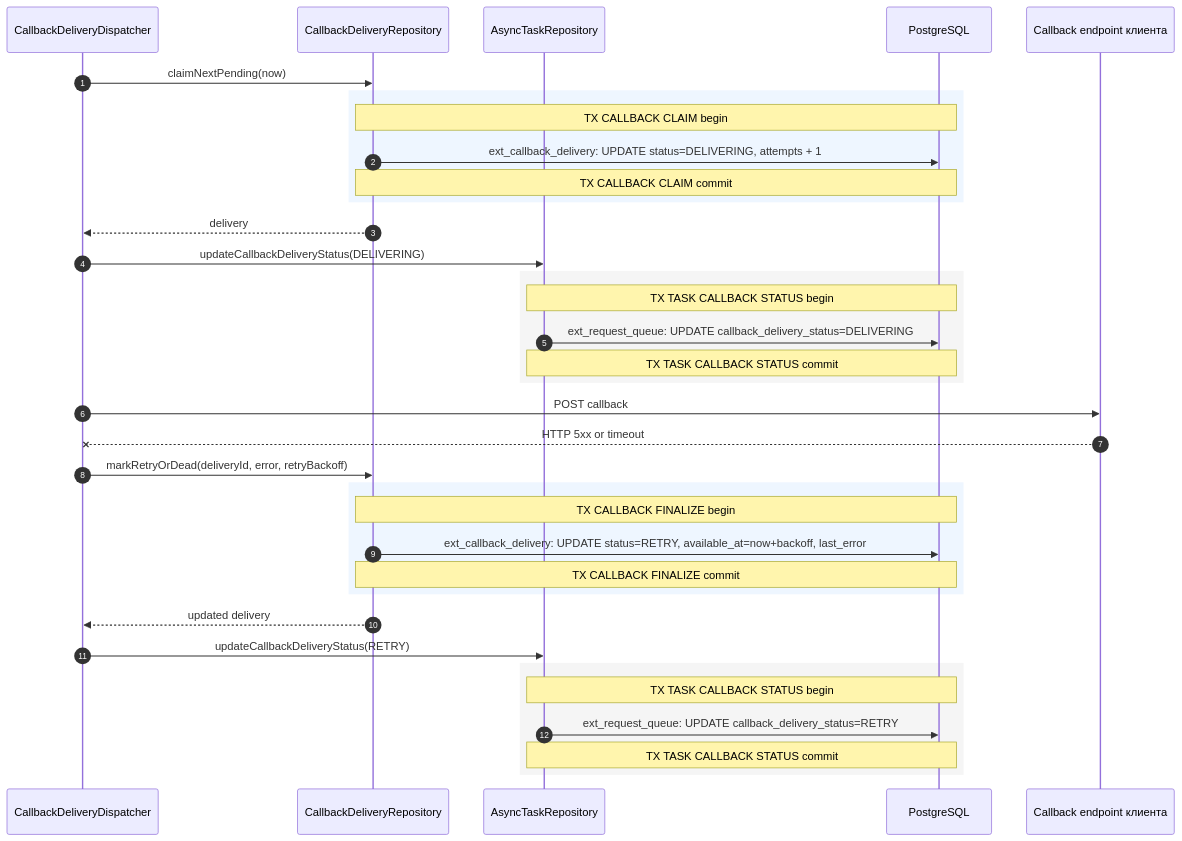
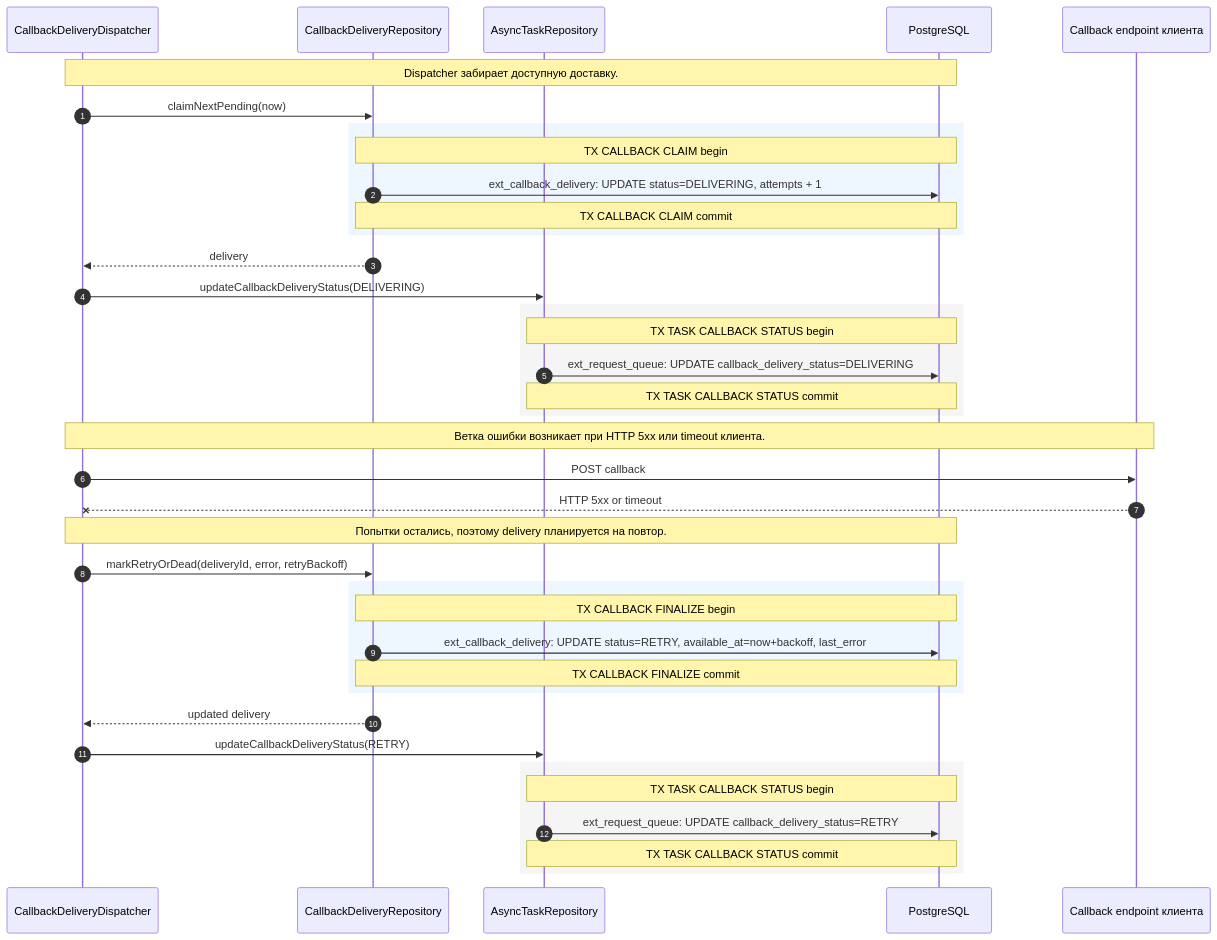
One commit to DenisVanin4402/TestQwenCli changed the second of 6 diagrams in docs/external-service-gateway/architecture/07-sequence-callback.md. Above: the diagram before and after it, drawn with Mermaid. The commit also changed other lines of this file and 2 other files, not shown here.

Commit message:
диаграммы обновлены детализацией sequence

````diff
--- a/docs/external-service-gateway/architecture/07-sequence-callback.md
+++ b/docs/external-service-gateway/architecture/07-sequence-callback.md
@@ -55,38 +84,41 @@
 ```mermaid
 sequenceDiagram
     autonumber
     participant Dispatcher as CallbackDeliveryDispatcher
     participant Deliveries as CallbackDeliveryRepository
     participant Tasks as AsyncTaskRepository
     participant DB as PostgreSQL
     participant Client as Callback endpoint клиента
 
+    Note over Dispatcher,DB: Dispatcher забирает доступную доставку.
     Dispatcher->>Deliveries: claimNextPending(now)
     rect rgb(238, 246, 255)
         Note over Deliveries,DB: TX CALLBACK CLAIM begin
         Deliveries->>DB: ext_callback_delivery: UPDATE status=DELIVERING, attempts + 1
         Note over Deliveries,DB: TX CALLBACK CLAIM commit
     end
     Deliveries-->>Dispatcher: delivery
     Dispatcher->>Tasks: updateCallbackDeliveryStatus(DELIVERING)
     rect rgb(245, 245, 245)
         Note over Tasks,DB: TX TASK CALLBACK STATUS begin
         Tasks->>DB: ext_request_queue: UPDATE callback_delivery_status=DELIVERING
         Note over Tasks,DB: TX TASK CALLBACK STATUS commit
     end
+    Note over Dispatcher,Client: Ветка ошибки возникает при HTTP 5xx или timeout клиента.
     Dispatcher->>Client: POST callback
     Client--xDispatcher: HTTP 5xx or timeout
+    Note over Dispatcher,DB: Попытки остались, поэтому delivery планируется на повтор.
     Dispatcher->>Deliveries: markRetryOrDead(deliveryId, error, retryBackoff)
     rect rgb(238, 246, 255)
         Note over Deliveries,DB: TX CALLBACK FINALIZE begin
         Deliveries->>DB: ext_callback_delivery: UPDATE status=RETRY, available_at=now+backoff, last_error
         Note over Deliveries,DB: TX CALLBACK FINALIZE commit
     end
     Deliveries-->>Dispatcher: updated delivery
     Dispatcher->>Tasks: updateCallbackDeliveryStatus(RETRY)
     rect rgb(245, 245, 245)
         Note over Tasks,DB: TX TASK CALLBACK STATUS begin
         Tasks->>DB: ext_request_queue: UPDATE callback_delivery_status=RETRY
         Note over Tasks,DB: TX TASK CALLBACK STATUS commit
     end
 ```
````
